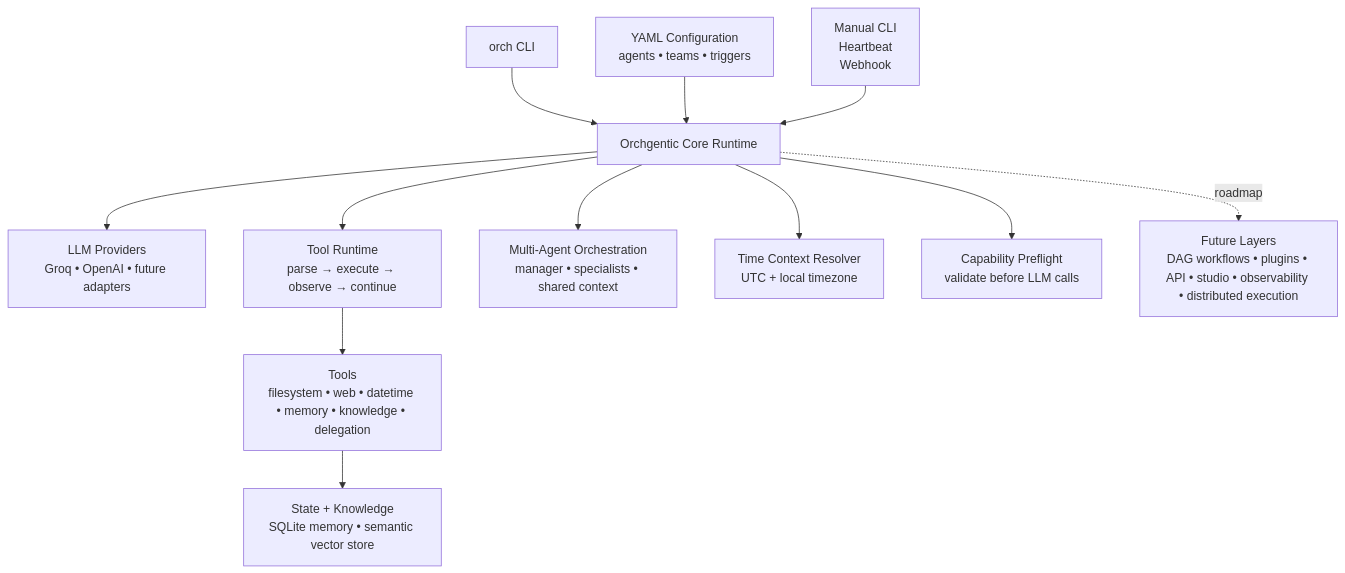
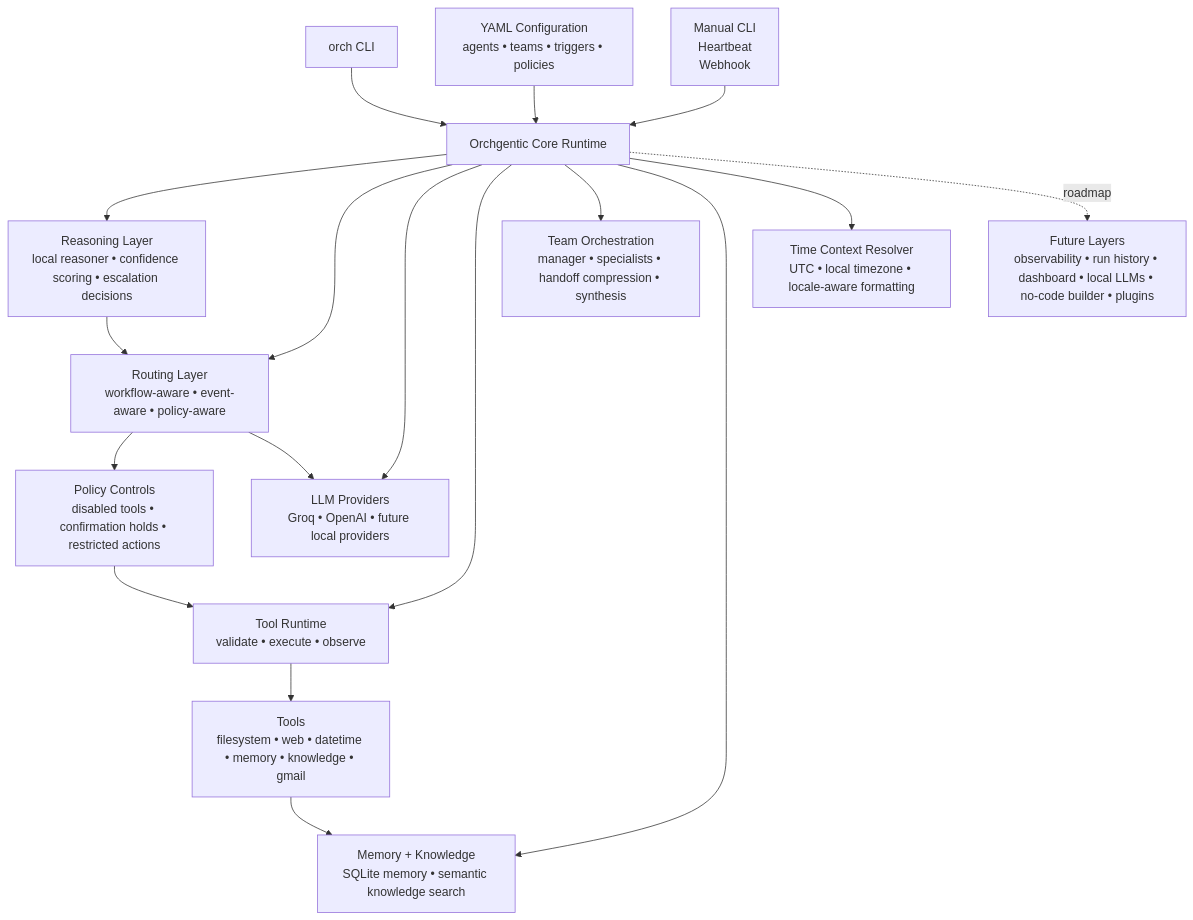
Before and after one commit to davidvineyardatx/orchgentic: the diagram in docs/README_ARCHITECTURE_SNIPPET.md, drawn with Mermaid. The commit also changed other lines of this file and 4 other files, not shown here.

````diff
--- a/docs/README_ARCHITECTURE_SNIPPET.md
+++ b/docs/README_ARCHITECTURE_SNIPPET.md
@@ -7,19 +7,26 @@
 ```mermaid
 flowchart TD
     CLI["orch CLI"] --> Core["Orchgentic Core Runtime"]
 
-    Config["YAML Configuration<br/>agents • teams • triggers"] --> Core
+    Config["YAML Configuration<br/>agents • teams • triggers • policies"] --> Core
 
-    Core --> Providers["LLM Providers<br/>Groq • OpenAI • future adapters"]
-    Core --> ToolLoop["Tool Runtime<br/>parse → execute → observe → continue"]
-    Core --> Orchestration["Multi-Agent Orchestration<br/>manager • specialists • shared context"]
-    Core --> TimeContext["Time Context Resolver<br/>UTC + local timezone"]
-    Core --> Preflight["Capability Preflight<br/>validate before LLM calls"]
+    Core --> Reasoning["Reasoning Layer<br/>local reasoner • confidence scoring • escalation decisions"]
+    Core --> Routing["Routing Layer<br/>workflow-aware • event-aware • policy-aware"]
+    Core --> Providers["LLM Providers<br/>Groq • OpenAI • future local providers"]
+    Core --> ToolLoop["Tool Runtime<br/>validate • execute • observe"]
+    Core --> Orchestration["Team Orchestration<br/>manager • specialists • handoff compression • synthesis"]
+    Core --> State["Memory + Knowledge<br/>SQLite memory • semantic knowledge search"]
+    Core --> TimeContext["Time Context Resolver<br/>UTC • local timezone • locale-aware formatting"]
 
-    ToolLoop --> Tools["Tools<br/>filesystem • web • datetime • memory • knowledge • delegation"]
-    Tools --> State["State + Knowledge<br/>SQLite memory • semantic vector store"]
+    Reasoning --> Routing
+    Routing --> Policy["Policy Controls<br/>disabled tools • confirmation holds • restricted actions"]
+    Policy --> ToolLoop
+    Routing --> Providers
+
+    ToolLoop --> Tools["Tools<br/>filesystem • web • datetime • memory • knowledge • gmail"]
+    Tools --> State
 
     Entry["Manual CLI<br/>Heartbeat<br/>Webhook"] --> Core
 
-    Core -. roadmap .-> Future["Future Layers<br/>DAG workflows • plugins • API • studio • observability • distributed execution"]
+    Core -. roadmap .-> Future["Future Layers<br/>observability • run history • dashboard • local LLMs • no-code builder • plugins"]
 ```
````
